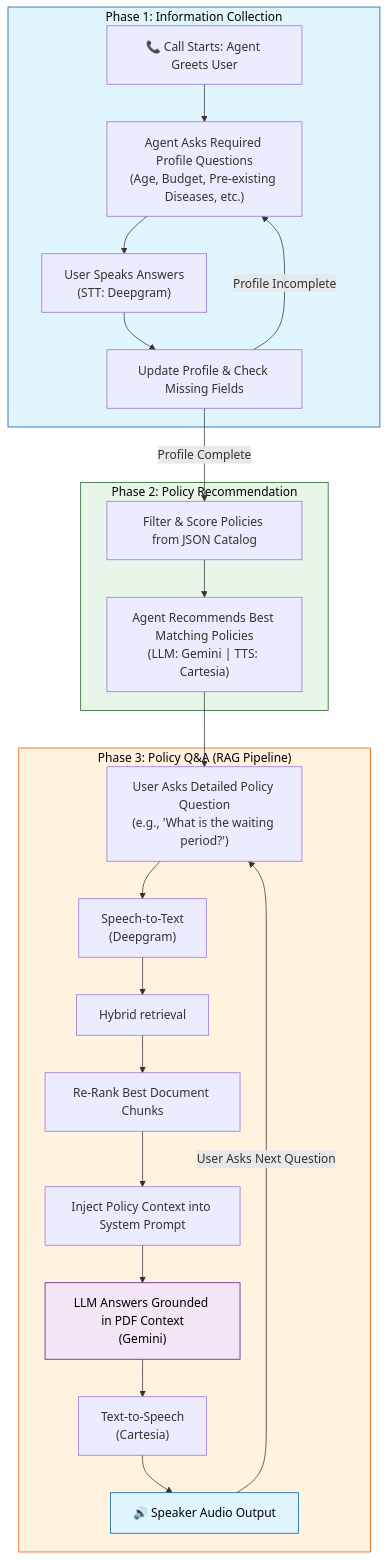
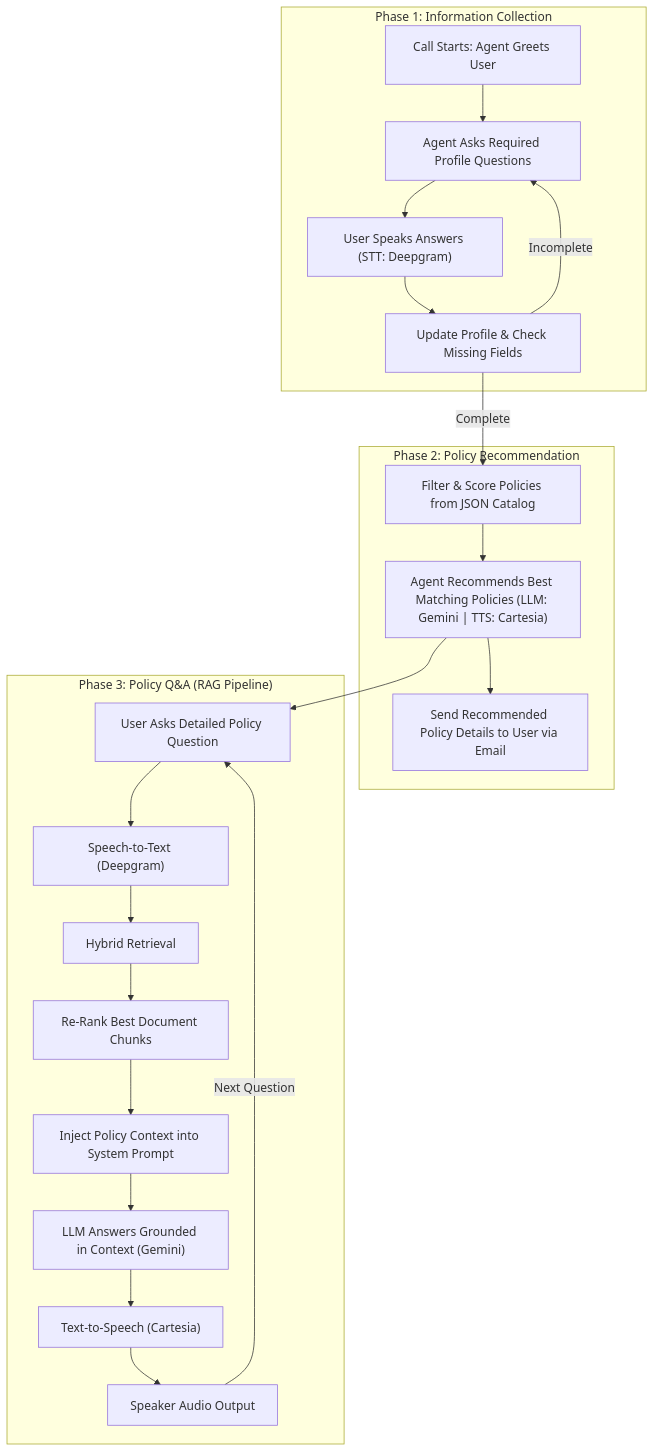
One commit to atharv-suryavanshi06/Voice-Ai-Agent changed the diagram in flowchart.md. Above: the diagram before and after it, drawn with Mermaid. The commit also changed other lines of this file and 21 other files, not shown here.

````diff
--- a/flowchart.md
+++ b/flowchart.md
@@ -29,35 +1,27 @@
 ```mermaid
 flowchart TD
-    %% Phase 1: Information Collection
     subgraph Phase1 ["Phase 1: Information Collection"]
-        Start["📞 Call Starts: Agent Greets User"] --> AskQ["Agent Asks Required Profile Questions<br/>(Age, Budget, Pre-existing Diseases, etc.)"]
-        AskQ --> UserAnswer["User Speaks Answers<br/>(STT: Deepgram)"]
+        Start["Call Starts: Agent Greets User"] --> AskQ["Agent Asks Required Profile Questions"]
+        AskQ --> UserAnswer["User Speaks Answers (STT: Deepgram)"]
         UserAnswer --> UpdateProfile["Update Profile & Check Missing Fields"]
-        UpdateProfile -->|Profile Incomplete| AskQ
+        UpdateProfile -->|Incomplete| AskQ
     end
 
-    %% Phase 2: Recommendation
     subgraph Phase2 ["Phase 2: Policy Recommendation"]
-        UpdateProfile -->|Profile Complete| MatchEngine["Filter & Score Policies from JSON Catalog"]
-        MatchEngine --> RecPolicy["Agent Recommends Best Matching Policies<br/>(LLM: Gemini | TTS: Cartesia)"]
+        UpdateProfile -->|Complete| MatchEngine["Filter & Score Policies from JSON Catalog"]
+        MatchEngine --> RecPolicy["Agent Recommends Best Matching Policies (LLM: Gemini | TTS: Cartesia)"]
+        RecPolicy --> SendMail["Send Recommended Policy Details to User via Email"]
     end
 
-    %% Phase 3: RAG Follow-up Questions
     subgraph Phase3 ["Phase 3: Policy Q&A (RAG Pipeline)"]
-        RecPolicy --> UserQ["User Asks Detailed Policy Question<br/>(e.g., 'What is the waiting period?')"]
-        UserQ --> STT2["Speech-to-Text<br/>(Deepgram)"]
-        STT2 --> RAG[" Hybrid retrieval"]
+        RecPolicy --> UserQ["User Asks Detailed Policy Question"]
+        UserQ --> STT2["Speech-to-Text (Deepgram)"]
+        STT2 --> RAG["Hybrid Retrieval"]
         RAG --> Reranker["Re-Rank Best Document Chunks"]
         Reranker --> Prompt["Inject Policy Context into System Prompt"]
-        Prompt --> LLM["LLM Answers Grounded in PDF Context<br/>(Gemini)"]
-        LLM --> TTS["Text-to-Speech<br/>(Cartesia)"]
-        TTS --> Speaker["🔊 Speaker Audio Output"]
-        Speaker -->|User Asks Next Question| UserQ
+        Prompt --> LLM["LLM Answers Grounded in Context (Gemini)"]
+        LLM --> TTS["Text-to-Speech (Cartesia)"]
+        TTS --> Speaker["Speaker Audio Output"]
+        Speaker -->|Next Question| UserQ
     end
-
-    style Phase1 fill:#e1f5ff,stroke:#01579b,color:#000
-    style Phase2 fill:#e8f5e9,stroke:#1b5e20,color:#000
-    style Phase3 fill:#fff3e0,stroke:#e65100,color:#000
-    style LLM fill:#f3e5f5,stroke:#4a148c,color:#000
-    style Speaker fill:#e1f5ff,stroke:#01579b,color:#000
-```  
+```
````
